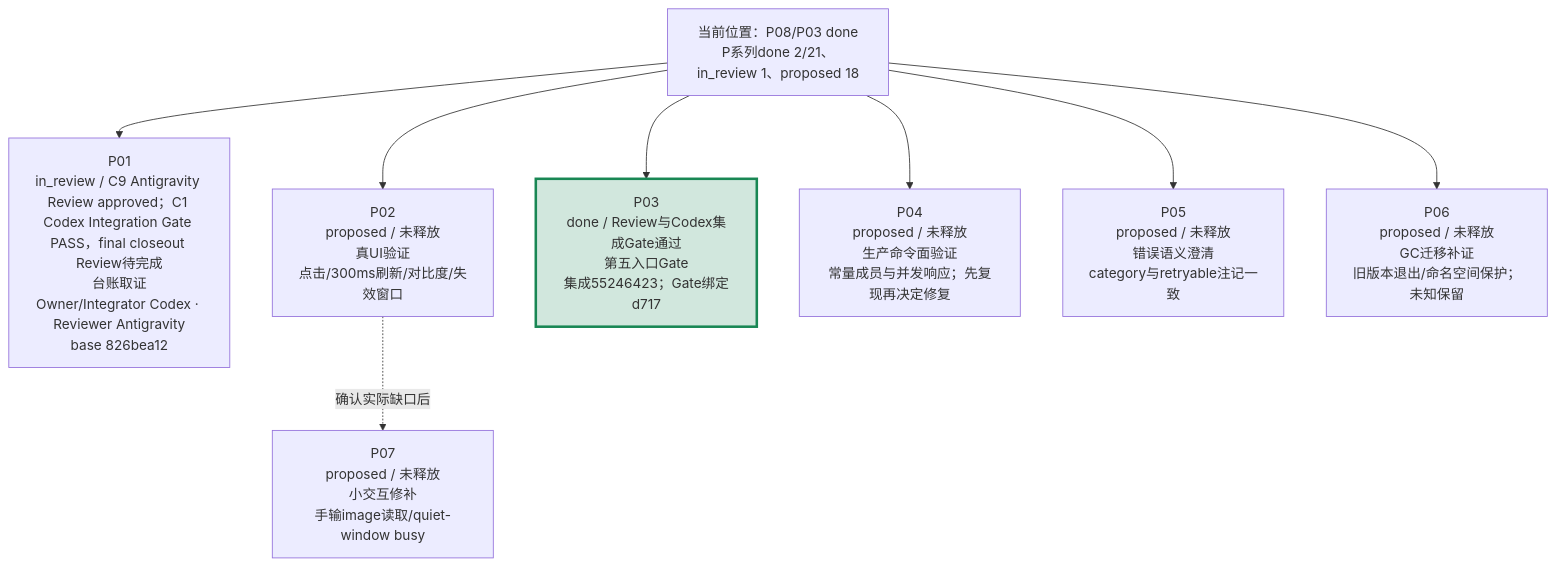
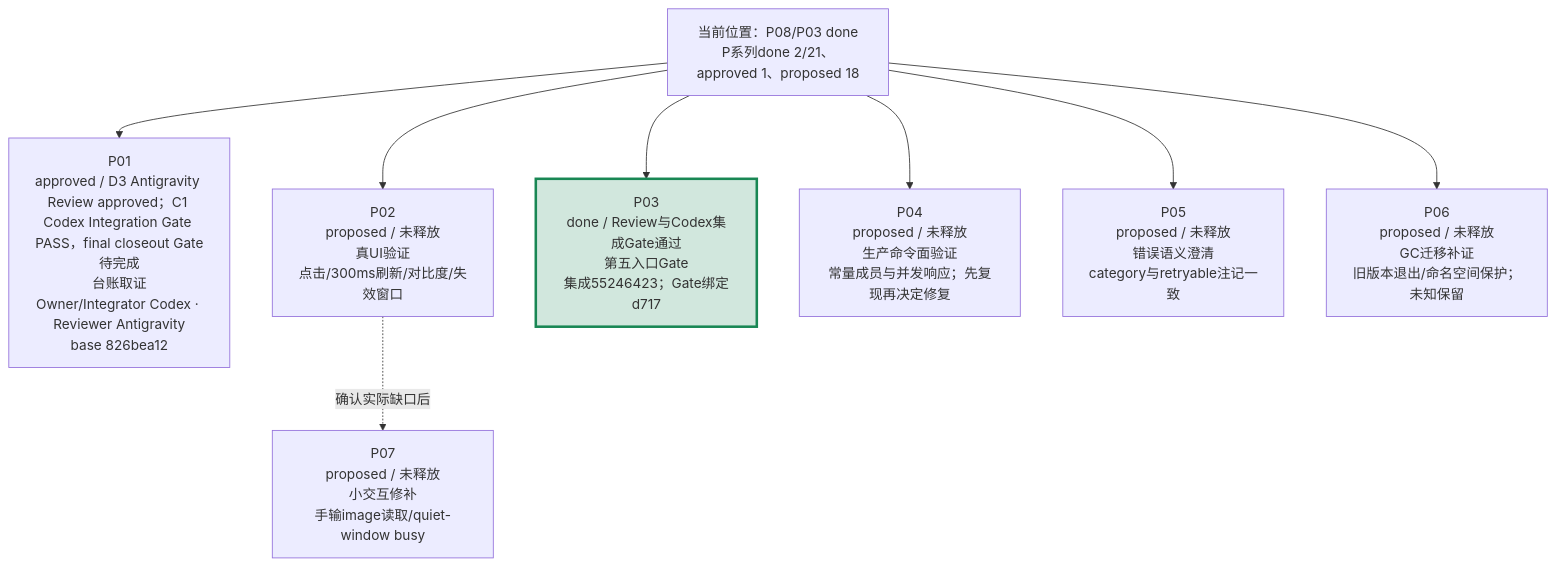
Before and after one commit to peakwheat-pixel/New-Manga: the second of 4 diagrams in verification/PROJECT-ROADMAP-20261008/ROADMAP.md, drawn with Mermaid. The commit also changed other lines of this file and 24 other files, not shown here.

Commit message:
P01: record final formal review approval

````diff
--- a/verification/PROJECT-ROADMAP-20261008/ROADMAP.md
+++ b/verification/PROJECT-ROADMAP-20261008/ROADMAP.md
@@ -30,11 +30,11 @@
 ```mermaid
 flowchart TB
-  BASE["当前位置：P08/P03 done<br/>P系列done 2/21、in_review 1、proposed 18"] --> P01["P01<br/>in_review / C9 Antigravity Review approved；C1 Codex Integration Gate PASS，final closeout Review待完成<br/>台账取证<br/>Owner/Integrator Codex · Reviewer Antigravity<br/>base 826bea12"]
+  BASE["当前位置：P08/P03 done<br/>P系列done 2/21、approved 1、proposed 18"] --> P01["P01<br/>approved / D3 Antigravity Review approved；C1 Codex Integration Gate PASS，final closeout Gate待完成<br/>台账取证<br/>Owner/Integrator Codex · Reviewer Antigravity<br/>base 826bea12"]
   BASE --> P02["P02<br/>proposed / 未释放<br/>真UI验证<br/>点击/300ms刷新/对比度/失效窗口"]
   BASE --> P03["P03<br/>done / Review与Codex集成Gate通过<br/>第五入口Gate<br/>集成55246423；Gate绑定d717"]
   BASE --> P04["P04<br/>proposed / 未释放<br/>生产命令面验证<br/>常量成员与并发响应；先复现再决定修复"]
   BASE --> P05["P05<br/>proposed / 未释放<br/>错误语义澄清<br/>category与retryable注记一致"]
   BASE --> P06["P06<br/>proposed / 未释放<br/>GC迁移补证<br/>旧版本退出/命名空间保护；未知保留"]
   P02 -. "确认实际缺口后" .-> P07["P07<br/>proposed / 未释放<br/>小交互修补<br/>手输image读取/quiet-window busy"]
   style P03 fill:#d1e7dd,stroke:#198754,stroke-width:3px
 ```
````
